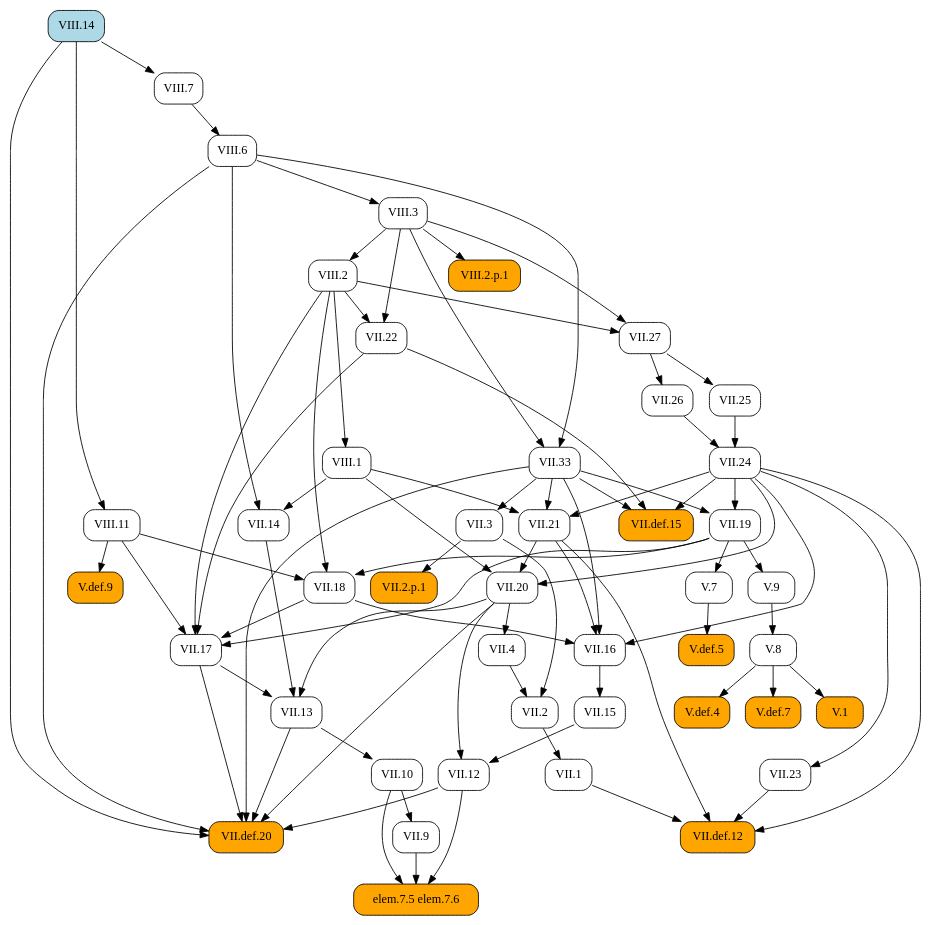
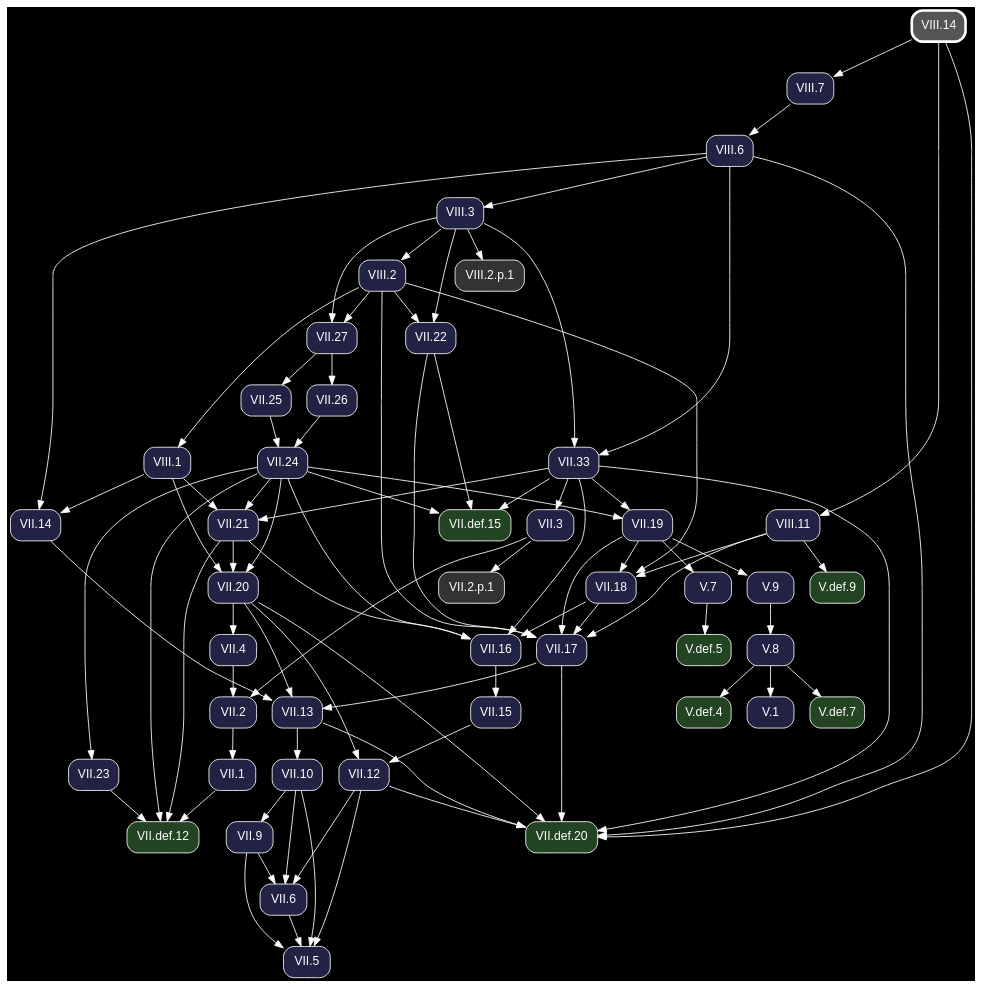
Before and after one commit to geometor/elements: the diagram in docsrc/heath/VIII/14/index.rst, drawn with Graphviz. The commit also changed other lines of this file and 1200 other files, not shown here.

Commit message:
update dependency graphs

```diff
--- a/docsrc/heath/VIII/14/index.rst
+++ b/docsrc/heath/VIII/14/index.rst
@@ -40,90 +40,64 @@
 .. graphviz::
 
    digraph {
+     bgcolor="black";
+     node [shape=box, style="rounded,filled", fontname="Helvetica", color="white", fontcolor="white"];
+     edge [color="white", fontcolor="white"];
      rankdir="TB";
-     node [shape=box, style=rounded];
-     "VII.33" [URL="/heath/VII/33/", target="_top"];
-     "VII.12" [URL="/heath/VII/12/", target="_top"];
-     "VIII.6" [URL="/heath/VIII/6/", target="_top"];
-     "elem.7.5 elem.7.6" [style="rounded,filled", fillcolor=orange];
-     "VII.9" [URL="/heath/VII/9/", target="_top"];
-     "VIII.2" [URL="/heath/VIII/2/", target="_top"];
-     "VII.18" [URL="/heath/VII/18/", target="_top"];
-     "VII.16" [URL="/heath/VII/16/", target="_top"];
-     "V.7" [URL="/heath/V/7/", target="_top"];
-     "VII.26" [URL="/heath/VII/26/", target="_top"];
-     "V.def.5" [style="rounded,filled", fillcolor=orange, URL="/heath/V/def.5/", target="_top"];
-     "V.9" [URL="/heath/V/9/", target="_top"];
-     "VII.10" [URL="/heath/VII/10/", target="_top"];
-     "VIII.3" [URL="/heath/VIII/3/", target="_top"];
-     "VII.13" [URL="/heath/VII/13/", target="_top"];
-     "VII.def.15" [style="rounded,filled", fillcolor=orange, URL="/heath/VII/def.15/", target="_top"];
-     "VIII.14" [style="rounded,filled", fillcolor=lightblue, URL="/heath/VIII/14/", target="_top"];
-     "VII.17" [URL="/heath/VII/17/", target="_top"];
-     "VII.19" [URL="/heath/VII/19/", target="_top"];
-     "VIII.11" [URL="/heath/VIII/11/", target="_top"];
-     "VIII.2.p.1" [style="rounded,filled", fillcolor=orange];
-     "VII.def.20" [style="rounded,filled", fillcolor=orange, URL="/heath/VII/def.20/", target="_top"];
-     "VII.2" [URL="/heath/VII/2/", target="_top"];
-     "VII.15" [URL="/heath/VII/15/", target="_top"];
-     "VII.2.p.1" [style="rounded,filled", fillcolor=orange];
-     "V.def.4" [style="rounded,filled", fillcolor=orange, URL="/heath/V/def.4/", target="_top"];
-     "VIII.7" [URL="/heath/VIII/7/", target="_top"];
-     "V.def.7" [style="rounded,filled", fillcolor=orange, URL="/heath/V/def.7/", target="_top"];
-     "VII.14" [URL="/heath/VII/14/", target="_top"];
-     "VII.27" [URL="/heath/VII/27/", target="_top"];
-     "VII.21" [URL="/heath/VII/21/", target="_top"];
-     "VII.22" [URL="/heath/VII/22/", target="_top"];
-     "VII.25" [URL="/heath/VII/25/", target="_top"];
-     "VIII.1" [URL="/heath/VIII/1/", target="_top"];
-     "VII.1" [URL="/heath/VII/1/", target="_top"];
-     "V.8" [URL="/heath/V/8/", target="_top"];
-     "VII.23" [URL="/heath/VII/23/", target="_top"];
-     "VII.4" [URL="/heath/VII/4/", target="_top"];
-     "VII.def.12" [style="rounded,filled", fillcolor=orange, URL="/heath/VII/def.12/", target="_top"];
-     "V.1" [style="rounded,filled", fillcolor=orange, URL="/heath/V/1/", target="_top"];
-     "V.def.9" [style="rounded,filled", fillcolor=orange, URL="/heath/V/def.9/", target="_top"];
-     "VII.3" [URL="/heath/VII/3/", target="_top"];
-     "VII.24" [URL="/heath/VII/24/", target="_top"];
-     "VII.20" [URL="/heath/VII/20/", target="_top"];
+     "VII.33" [fillcolor="#222244", URL="/heath/VII/33/", target="_top"];
+     "V.def.5" [fillcolor="#224422", URL="/heath/V/def.5/", target="_top"];
+     "V.def.9" [fillcolor="#224422", URL="/heath/V/def.9/", target="_top"];
+     "VII.18" [fillcolor="#222244", URL="/heath/VII/18/", target="_top"];
+     "VII.2" [fillcolor="#222244", URL="/heath/VII/2/", target="_top"];
+     "VII.def.20" [fillcolor="#224422", URL="/heath/VII/def.20/", target="_top"];
+     "VII.26" [fillcolor="#222244", URL="/heath/VII/26/", target="_top"];
+     "VII.1" [fillcolor="#222244", URL="/heath/VII/1/", target="_top"];
+     "VIII.6" [fillcolor="#222244", URL="/heath/VIII/6/", target="_top"];
+     "VII.13" [fillcolor="#222244", URL="/heath/VII/13/", target="_top"];
+     "VIII.2.p.1" [fillcolor="#333333"];
+     "VII.27" [fillcolor="#222244", URL="/heath/VII/27/", target="_top"];
+     "VII.4" [fillcolor="#222244", URL="/heath/VII/4/", target="_top"];
+     "VII.25" [fillcolor="#222244", URL="/heath/VII/25/", target="_top"];
+     "VII.21" [fillcolor="#222244", URL="/heath/VII/21/", target="_top"];
+     "VIII.11" [fillcolor="#222244", URL="/heath/VIII/11/", target="_top"];
+     "VII.9" [fillcolor="#222244", URL="/heath/VII/9/", target="_top"];
+     "V.7" [fillcolor="#222244", URL="/heath/V/7/", target="_top"];
+     "VII.12" [fillcolor="#222244", URL="/heath/VII/12/", target="_top"];
+     "V.9" [fillcolor="#222244", URL="/heath/V/9/", target="_top"];
+     "VII.17" [fillcolor="#222244", URL="/heath/VII/17/", target="_top"];
+     "VII.24" [fillcolor="#222244", URL="/heath/VII/24/", target="_top"];
+     "VII.22" [fillcolor="#222244", URL="/heath/VII/22/", target="_top"];
+     "VIII.2" [fillcolor="#222244", URL="/heath/VIII/2/", target="_top"];
+     "V.def.7" [fillcolor="#224422", URL="/heath/V/def.7/", target="_top"];
+     "VII.20" [fillcolor="#222244", URL="/heath/VII/20/", target="_top"];
+     "V.def.4" [fillcolor="#224422", URL="/heath/V/def.4/", target="_top"];
+     "VII.5" [fillcolor="#222244", URL="/heath/VII/5/", target="_top"];
+     "VII.def.15" [fillcolor="#224422", URL="/heath/VII/def.15/", target="_top"];
+     "VIII.3" [fillcolor="#222244", URL="/heath/VIII/3/", target="_top"];
+     "VII.2.p.1" [fillcolor="#333333"];
+     "VII.6" [fillcolor="#222244", URL="/heath/VII/6/", target="_top"];
+     "VII.16" [fillcolor="#222244", URL="/heath/VII/16/", target="_top"];
+     "VII.15" [fillcolor="#222244", URL="/heath/VII/15/", target="_top"];
+     "V.1" [fillcolor="#222244", URL="/heath/V/1/", target="_top"];
+     "VIII.7" [fillcolor="#222244", URL="/heath/VIII/7/", target="_top"];
+     "VII.10" [fillcolor="#222244", URL="/heath/VII/10/", target="_top"];
+     "VII.23" [fillcolor="#222244", URL="/heath/VII/23/", target="_top"];
+     "VII.def.12" [fillcolor="#224422", URL="/heath/VII/def.12/", target="_top"];
+     "VII.19" [fillcolor="#222244", URL="/heath/VII/19/", target="_top"];
+     "VIII.1" [fillcolor="#222244", URL="/heath/VIII/1/", target="_top"];
+     "V.8" [fillcolor="#222244", URL="/heath/V/8/", target="_top"];
+     "VIII.14" [penwidth=3, color="white", fillcolor="#555555", URL="/heath/VIII/14/", target="_top"];
+     "VII.3" [fillcolor="#222244", URL="/heath/VII/3/", target="_top"];
+     "VII.14" [fillcolor="#222244", URL="/heath/VII/14/", target="_top"];
      "VIII.3" -> "VII.33";
      "VIII.6" -> "VII.33";
-     "VII.15" -> "VII.12";
-     "VII.20" -> "VII.12";
-     "VIII.7" -> "VIII.6";
-     "VII.9" -> "elem.7.5 elem.7.6";
-     "VII.10" -> "elem.7.5 elem.7.6";
-     "VII.12" -> "elem.7.5 elem.7.6";
-     "VII.10" -> "VII.9";
-     "VIII.3" -> "VIII.2";
+     "V.7" -> "V.def.5";
+     "VIII.11" -> "V.def.9";
      "VII.19" -> "VII.18";
      "VIII.2" -> "VII.18";
      "VIII.11" -> "VII.18";
-     "VII.18" -> "VII.16";
-     "VII.21" -> "VII.16";
-     "VII.24" -> "VII.16";
-     "VII.33" -> "VII.16";
-     "VII.19" -> "V.7";
-     "VII.27" -> "VII.26";
-     "V.7" -> "V.def.5";
-     "VII.19" -> "V.9";
-     "VII.13" -> "VII.10";
-     "VIII.6" -> "VIII.3";
-     "VII.14" -> "VII.13";
-     "VII.17" -> "VII.13";
-     "VII.20" -> "VII.13";
-     "VII.22" -> "VII.def.15";
-     "VII.24" -> "VII.def.15";
-     "VII.33" -> "VII.def.15";
-     "VII.18" -> "VII.17";
-     "VII.19" -> "VII.17";
-     "VII.22" -> "VII.17";
-     "VIII.2" -> "VII.17";
-     "VIII.11" -> "VII.17";
-     "VII.24" -> "VII.19";
-     "VII.33" -> "VII.19";
-     "VIII.14" -> "VIII.11";
-     "VIII.3" -> "VIII.2.p.1";
+     "VII.3" -> "VII.2";
+     "VII.4" -> "VII.2";
      "VII.12" -> "VII.def.20";
      "VII.13" -> "VII.def.20";
      "VII.17" -> "VII.def.20";
@@ -131,38 +105,71 @@
      "VII.33" -> "VII.def.20";
      "VIII.6" -> "VII.def.20";
      "VIII.14" -> "VII.def.20";
-     "VII.3" -> "VII.2";
-     "VII.4" -> "VII.2";
-     "VII.16" -> "VII.15";
-     "VII.3" -> "VII.2.p.1";
-     "V.8" -> "V.def.4";
-     "VIII.14" -> "VIII.7";
-     "V.8" -> "V.def.7";
-     "VIII.1" -> "VII.14";
-     "VIII.6" -> "VII.14";
+     "VII.27" -> "VII.26";
+     "VII.2" -> "VII.1";
+     "VIII.7" -> "VIII.6";
+     "VII.14" -> "VII.13";
+     "VII.17" -> "VII.13";
+     "VII.20" -> "VII.13";
+     "VIII.3" -> "VIII.2.p.1";
      "VIII.2" -> "VII.27";
      "VIII.3" -> "VII.27";
+     "VII.20" -> "VII.4";
+     "VII.27" -> "VII.25";
      "VII.24" -> "VII.21";
      "VII.33" -> "VII.21";
      "VIII.1" -> "VII.21";
+     "VIII.14" -> "VIII.11";
+     "VII.10" -> "VII.9";
+     "VII.19" -> "V.7";
+     "VII.15" -> "VII.12";
+     "VII.20" -> "VII.12";
+     "VII.19" -> "V.9";
+     "VII.18" -> "VII.17";
+     "VII.19" -> "VII.17";
+     "VII.22" -> "VII.17";
+     "VIII.2" -> "VII.17";
+     "VIII.11" -> "VII.17";
+     "VII.25" -> "VII.24";
+     "VII.26" -> "VII.24";
      "VIII.2" -> "VII.22";
      "VIII.3" -> "VII.22";
-     "VII.27" -> "VII.25";
-     "VIII.2" -> "VIII.1";
-     "VII.2" -> "VII.1";
-     "V.9" -> "V.8";
+     "VIII.3" -> "VIII.2";
+     "V.8" -> "V.def.7";
+     "VII.21" -> "VII.20";
+     "VII.24" -> "VII.20";
+     "VIII.1" -> "VII.20";
+     "V.8" -> "V.def.4";
+     "VII.6" -> "VII.5";
+     "VII.9" -> "VII.5";
+     "VII.10" -> "VII.5";
+     "VII.12" -> "VII.5";
+     "VII.22" -> "VII.def.15";
+     "VII.24" -> "VII.def.15";
+     "VII.33" -> "VII.def.15";
+     "VIII.6" -> "VIII.3";
+     "VII.3" -> "VII.2.p.1";
+     "VII.9" -> "VII.6";
+     "VII.10" -> "VII.6";
+     "VII.12" -> "VII.6";
+     "VII.18" -> "VII.16";
+     "VII.21" -> "VII.16";
+     "VII.24" -> "VII.16";
+     "VII.33" -> "VII.16";
+     "VII.16" -> "VII.15";
+     "V.8" -> "V.1";
+     "VIII.14" -> "VIII.7";
+     "VII.13" -> "VII.10";
      "VII.24" -> "VII.23";
-     "VII.20" -> "VII.4";
      "VII.1" -> "VII.def.12";
      "VII.21" -> "VII.def.12";
      "VII.23" -> "VII.def.12";
      "VII.24" -> "VII.def.12";
-     "V.8" -> "V.1";
-     "VIII.11" -> "V.def.9";
+     "VII.24" -> "VII.19";
+     "VII.33" -> "VII.19";
+     "VIII.2" -> "VIII.1";
+     "V.9" -> "V.8";
      "VII.33" -> "VII.3";
-     "VII.25" -> "VII.24";
-     "VII.26" -> "VII.24";
-     "VII.21" -> "VII.20";
-     "VII.24" -> "VII.20";
-     "VIII.1" -> "VII.20";
+     "VIII.1" -> "VII.14";
+     "VIII.6" -> "VII.14";
    }
```
